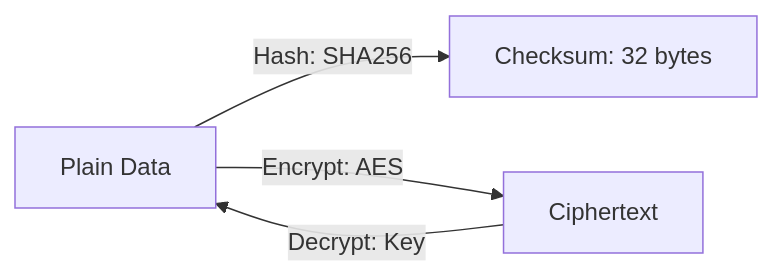
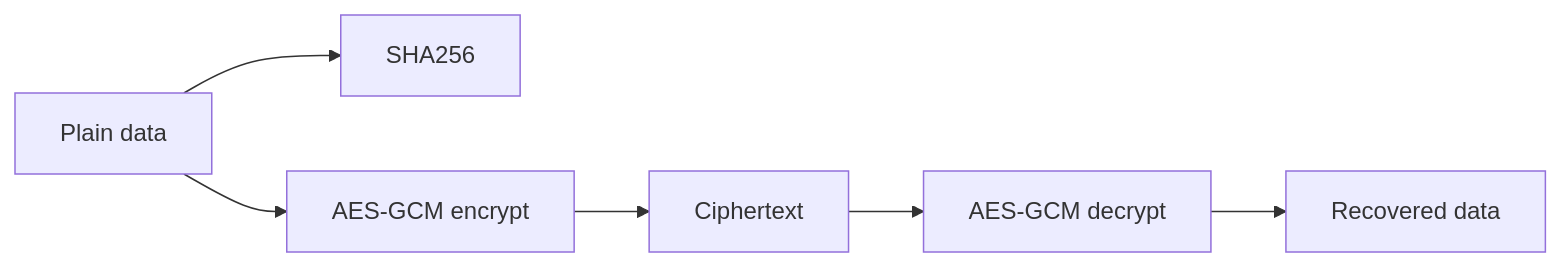
The diagram in RAK-05-standard-library/SR-04-utilities/BK-01-security/CH-01_Crypto/README.md (syahputrawork98-sketch/Golang-Knowledge-Base), drawn with Mermaid before and after one commit. The commit also changed other lines of this file and 44 other files, not shown here.

````diff
--- a/RAK-05-standard-library/SR-04-utilities/BK-01-security/CH-01_Crypto/README.md
+++ b/RAK-05-standard-library/SR-04-utilities/BK-01-security/CH-01_Crypto/README.md
@@ -28,6 +35,8 @@
 ```mermaid
 graph LR
-    P[Plain Data] -->|Hash: SHA256| H[Checksum: 32 bytes]
-    P -->|Encrypt: AES| E[Ciphertext]
-    E -->|Decrypt: Key| P
+    Plain[Plain data] --> Hash[SHA256]
+    Plain --> Encrypt[AES-GCM encrypt]
+    Encrypt --> Cipher[Ciphertext]
+    Cipher --> Decrypt[AES-GCM decrypt]
+    Decrypt --> Plain2[Recovered data]
 ```
````
